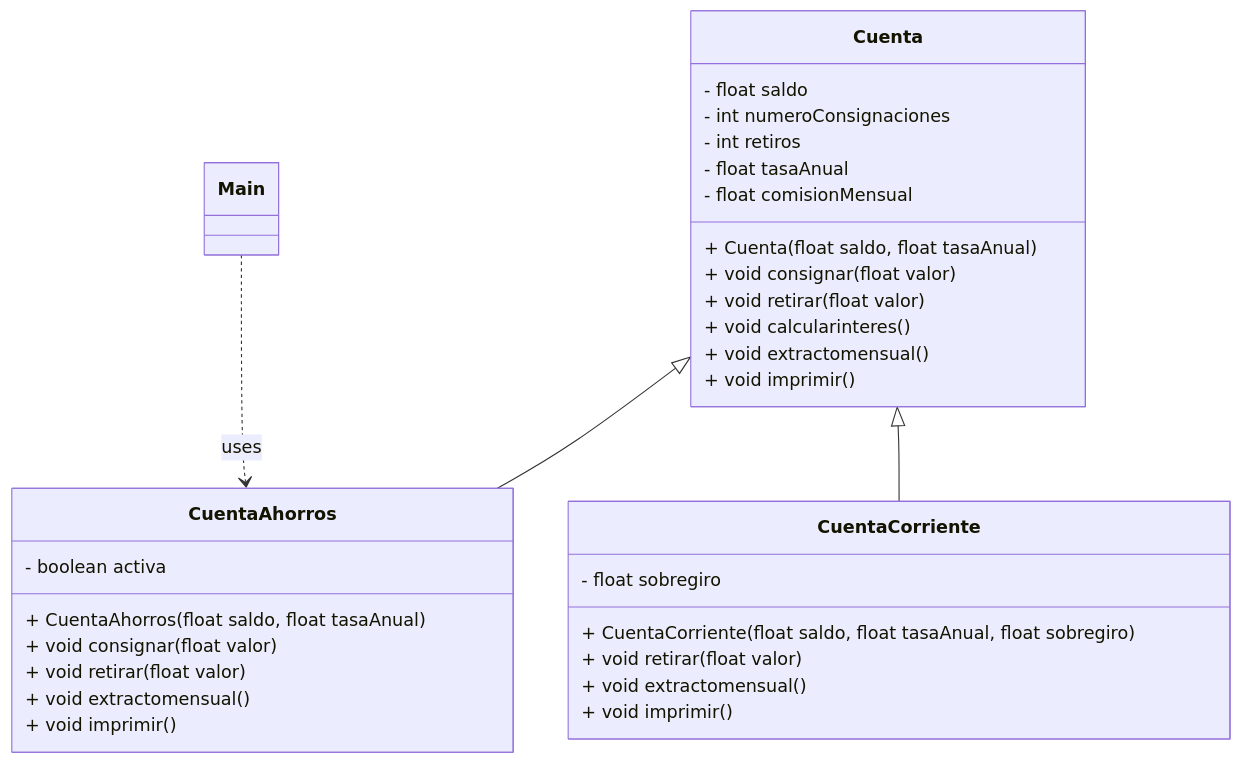
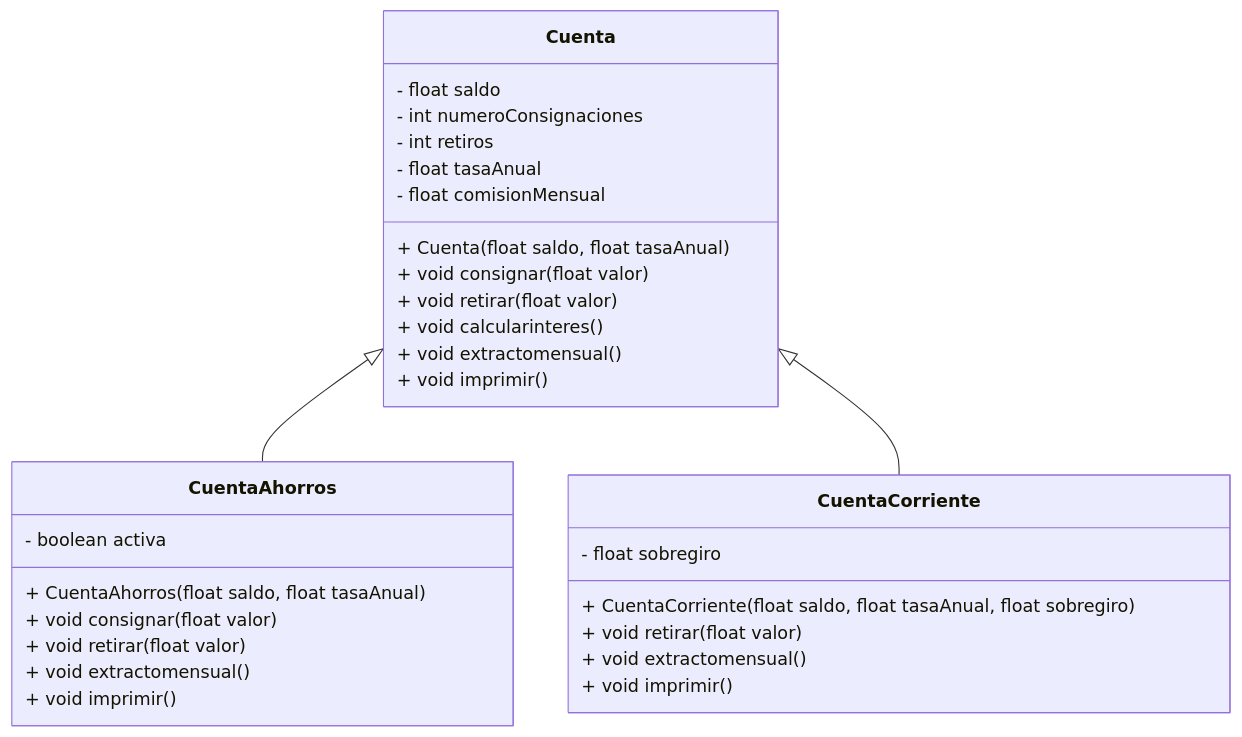
One commit to uniajc-gperezm/CuentaBancaria412-01-2026 changed the diagram in README.md. Above: the diagram before and after it, drawn with Mermaid.

Commit message:
Diagrama modificado

````diff
--- a/README.md
+++ b/README.md
@@ -7,38 +7,38 @@
 ```mermaid
 classDiagram
     class Cuenta {
         - float saldo
         - int numeroConsignaciones
         - int retiros
         - float tasaAnual
         - float comisionMensual
         + Cuenta(float saldo, float tasaAnual)
         + void consignar(float valor)
         + void retirar(float valor)
         + void calcularinteres()
         + void extractomensual()
         + void imprimir()
     }
 
     class CuentaAhorros {
         - boolean activa
         + CuentaAhorros(float saldo, float tasaAnual)
         + void consignar(float valor)
         + void retirar(float valor)
         + void extractomensual()
         + void imprimir()
     }
 
     class CuentaCorriente {
         - float sobregiro
         + CuentaCorriente(float saldo, float tasaAnual, float sobregiro)
         + void retirar(float valor)
         + void extractomensual()
         + void imprimir()
     }
 
 
     Cuenta <|-- CuentaAhorros
     Cuenta <|-- CuentaCorriente
-    Main ..> CuentaAhorros : uses
+  
 ```
````
